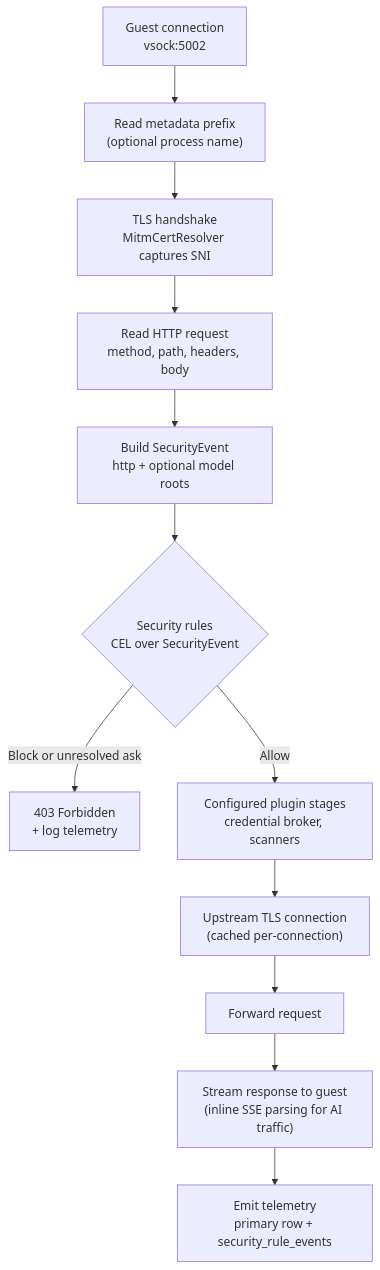
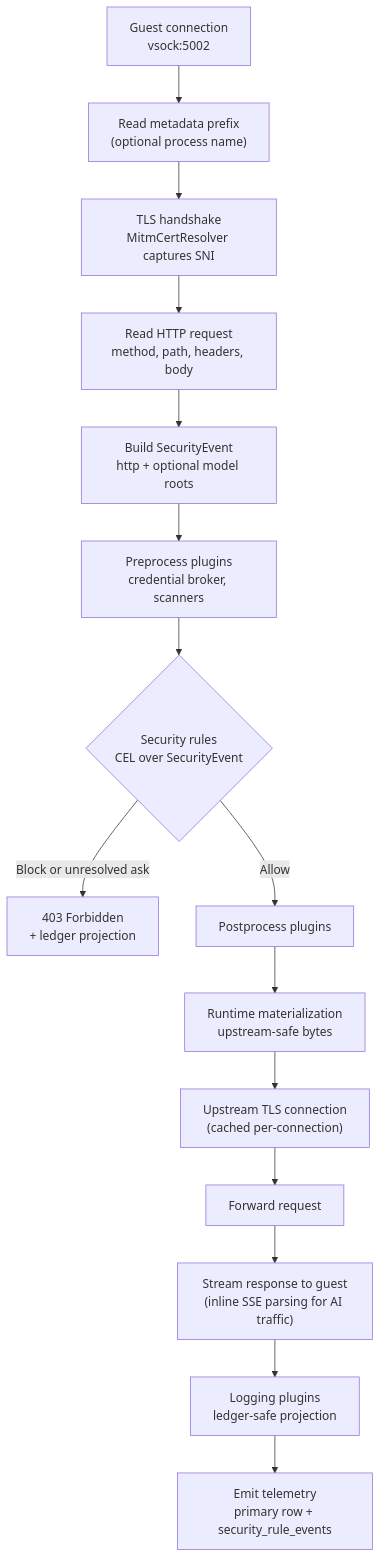
Before and after one commit to google/capsem: the first of 5 diagrams in docs/src/content/docs/architecture/mitm-proxy.md, drawn with Mermaid. The commit also changed other lines of this file and 18 other files, not shown here.

````diff
--- a/docs/src/content/docs/architecture/mitm-proxy.md
+++ b/docs/src/content/docs/architecture/mitm-proxy.md
@@ -17,14 +17,17 @@
 ```mermaid
 graph TD
     A["Guest connection<br/>vsock:5002"] --> B["Read metadata prefix<br/>(optional process name)"]
     B --> C["TLS handshake<br/>MitmCertResolver captures SNI"]
     C --> D["Read HTTP request<br/>method, path, headers, body"]
     D --> E["Build SecurityEvent<br/>http + optional model roots"]
-    E --> F{"Security rules<br/>CEL over SecurityEvent"}
-    F -->|Block or unresolved ask| G["403 Forbidden<br/>+ log telemetry"]
-    F -->|Allow| I["Configured plugin stages<br/>credential broker, scanners"]
+    E --> P["Preprocess plugins<br/>credential broker, scanners"]
+    P --> F{"Security rules<br/>CEL over SecurityEvent"}
+    F -->|Block or unresolved ask| G["403 Forbidden<br/>+ ledger projection"]
+    F -->|Allow| Q["Postprocess plugins"]
+    Q --> I["Runtime materialization<br/>upstream-safe bytes"]
     I --> J["Upstream TLS connection<br/>(cached per-connection)"]
     J --> K["Forward request"]
     K --> L["Stream response to guest<br/>(inline SSE parsing for AI traffic)"]
-    L --> M["Emit telemetry<br/>primary row + security_rule_events"]
+    L --> M["Logging plugins<br/>ledger-safe projection"]
+    M --> N["Emit telemetry<br/>primary row + security_rule_events"]
 ```
````
